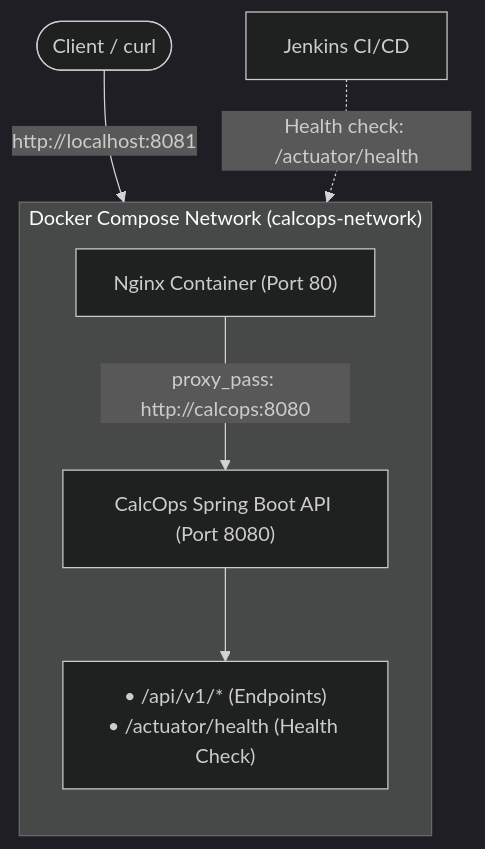
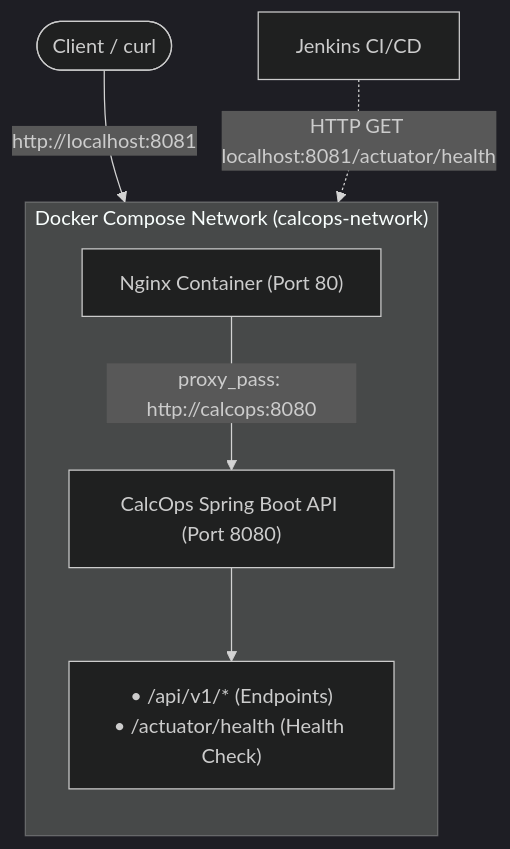
One commit to sidnovates/CalcOps changed the diagram in README.md. Above: the diagram before and after it, drawn with Mermaid (dark theme). The commit also changed other lines of this file, not shown here.

Commit message:
Updated architecture diagram

````diff
--- a/README.md
+++ b/README.md
@@ -15,13 +15,13 @@
 ```mermaid
 flowchart TD
     Client([Client / curl]) -->|"http://localhost:8081"| Nginx
 
     subgraph DockerNetwork ["Docker Compose Network (calcops-network)"]
         direction TB
         Nginx["Nginx Container (Port 80)"]
         Nginx -->|"proxy_pass: http://calcops:8080"| CalcOps["CalcOps Spring Boot API (Port 8080)"]
         CalcOps --> Endpoints["• /api/v1/* (Endpoints)\n• /actuator/health (Health Check)"]
     end
 
-    Jenkins[Jenkins CI/CD] -.->|"Health check: /actuator/health"| Nginx
+    Jenkins[Jenkins CI/CD] -.->|"HTTP GET localhost:8081/actuator/health"| Nginx
 ```
````
